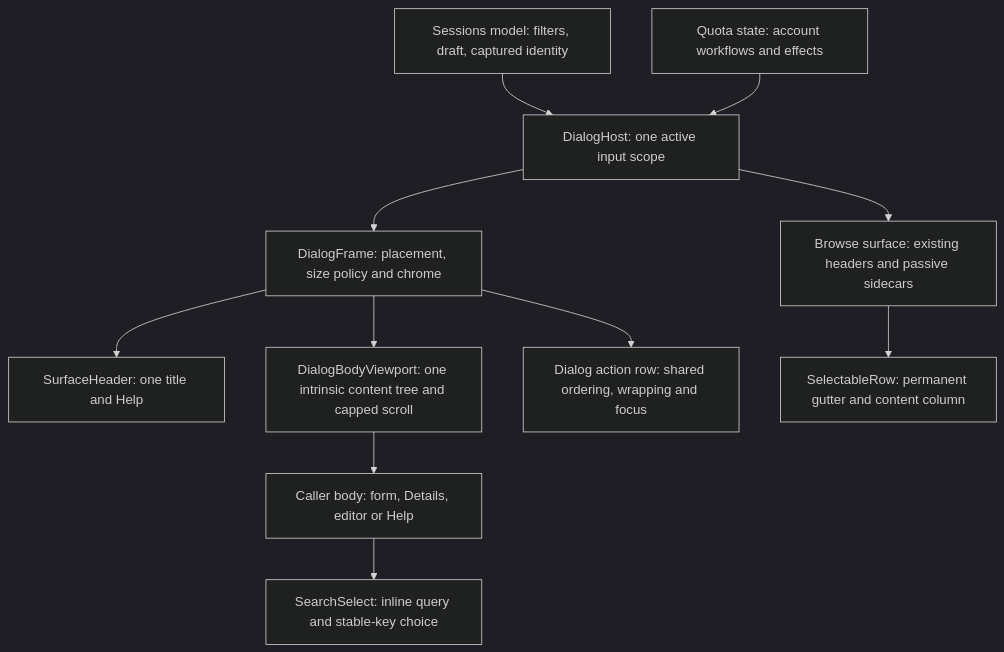
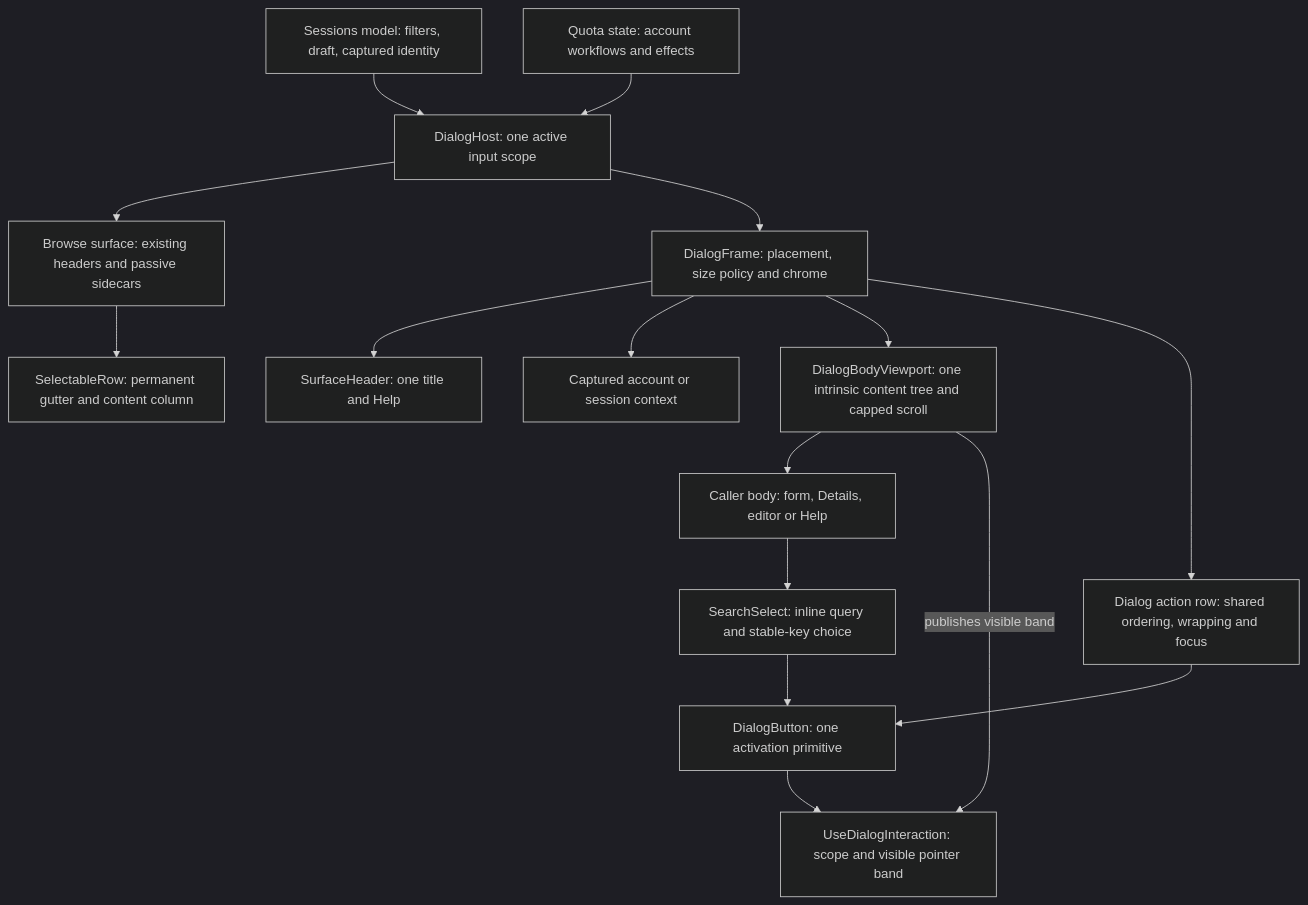
The first of 3 diagrams in docs/specs/2026-10-17-tui-component-system/program-design.md (agent-collaboration/agent-collaboration), drawn with Mermaid (dark theme) before and after one commit. The commit also changed other lines of this file and 1002 other files, not shown here.

````diff
--- a/docs/specs/2026-10-17-tui-component-system/program-design.md
+++ b/docs/specs/2026-10-17-tui-component-system/program-design.md
@@ -26,13 +26,18 @@
 ```mermaid
 flowchart TD
   S[Sessions model: filters, draft, captured identity] --> H[DialogHost: one active input scope]
   Q[Quota state: account workflows and effects] --> H
   H --> B[Browse surface: existing headers and passive sidecars]
   H --> F[DialogFrame: placement, size policy and chrome]
   F --> T[SurfaceHeader: one title and Help]
+  F --> K[Captured account or session context]
   F --> V[DialogBodyViewport: one intrinsic content tree and capped scroll]
   F --> A[Dialog action row: shared ordering, wrapping and focus]
   V --> C[Caller body: form, Details, editor or Help]
   C --> SS[SearchSelect: inline query and stable-key choice]
+  SS --> DB[DialogButton: one activation primitive]
+  A --> DB
+  DB --> I[UseDialogInteraction: scope and visible pointer band]
+  V -->|publishes visible band| I
   B --> R[SelectableRow: permanent gutter and content column]
 ```
````
